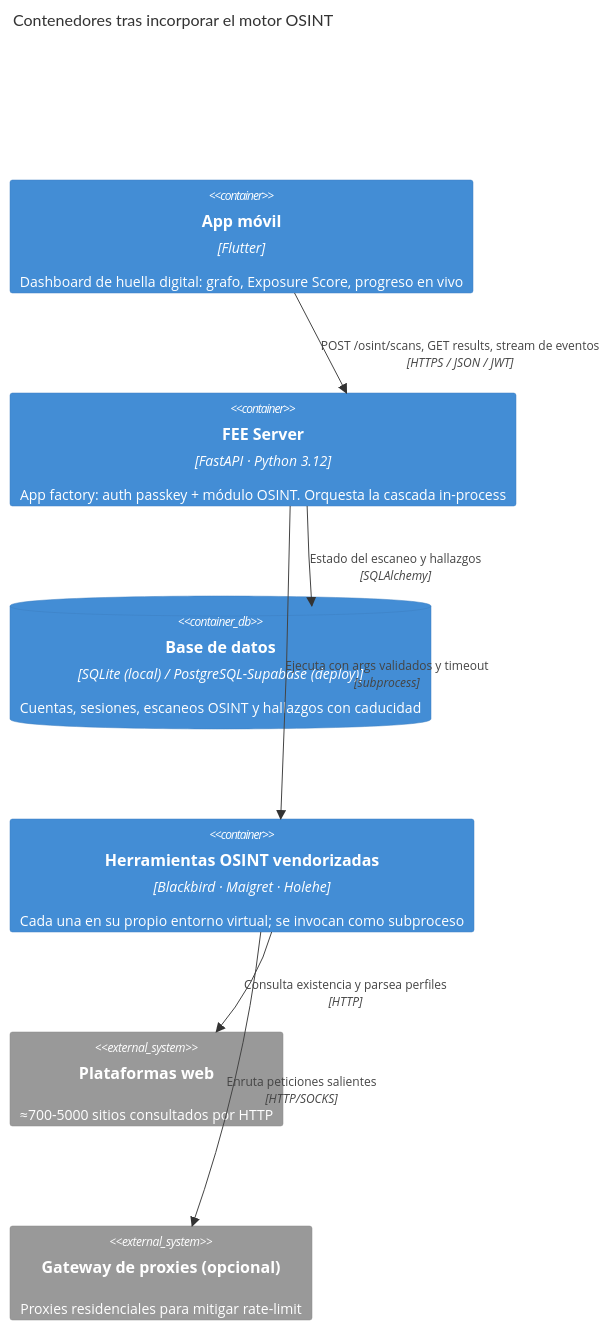
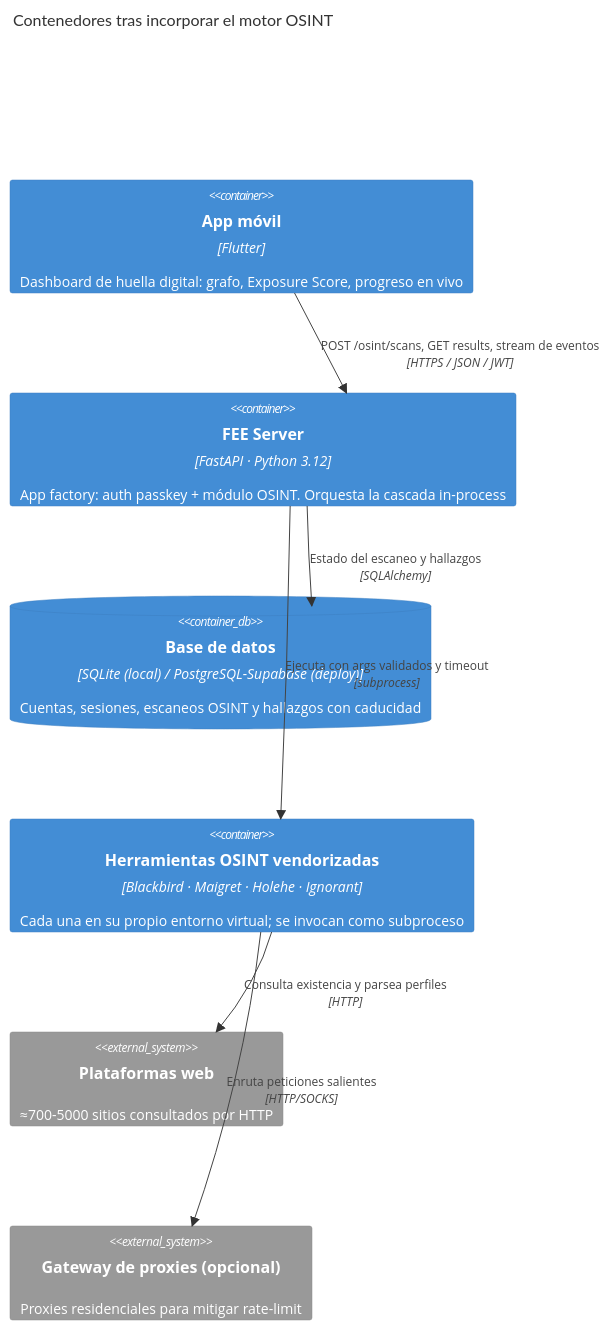
The first of 3 diagrams in docs/osint-architecture.md (Hackaton-FEE/server), drawn with Mermaid before and after one commit. The commit also changed other lines of this file and 28 other files, not shown here.

Commit message:
identity graph

````diff
--- a/docs/osint-architecture.md
+++ b/docs/osint-architecture.md
@@ -69,17 +74,17 @@
 ```mermaid
 C4Container
     title Contenedores tras incorporar el motor OSINT
 
     Container(app, "App móvil", "Flutter", "Dashboard de huella digital: grafo, Exposure Score, progreso en vivo")
     Container(api, "FEE Server", "FastAPI · Python 3.12", "App factory: auth passkey + módulo OSINT. Orquesta la cascada in-process")
     ContainerDb(db, "Base de datos", "SQLite (local) / PostgreSQL-Supabase (deploy)", "Cuentas, sesiones, escaneos OSINT y hallazgos con caducidad")
-    Container(tools, "Herramientas OSINT vendorizadas", "Blackbird · Maigret · Holehe", "Cada una en su propio entorno virtual; se invocan como subproceso")
+    Container(tools, "Herramientas OSINT vendorizadas", "Blackbird · Maigret · Holehe · Ignorant", "Cada una en su propio entorno virtual; se invocan como subproceso")
     System_Ext(sites, "Plataformas web", "≈700-5000 sitios consultados por HTTP")
     System_Ext(proxy, "Gateway de proxies (opcional)", "Proxies residenciales para mitigar rate-limit")
 
     Rel(app, api, "POST /osint/scans, GET results, stream de eventos", "HTTPS / JSON / JWT")
     Rel(api, db, "Estado del escaneo y hallazgos", "SQLAlchemy")
     Rel(api, tools, "Ejecuta con args validados y timeout", "subprocess")
     Rel(tools, proxy, "Enruta peticiones salientes", "HTTP/SOCKS")
     Rel(tools, sites, "Consulta existencia y parsea perfiles", "HTTP")
 ```
````
